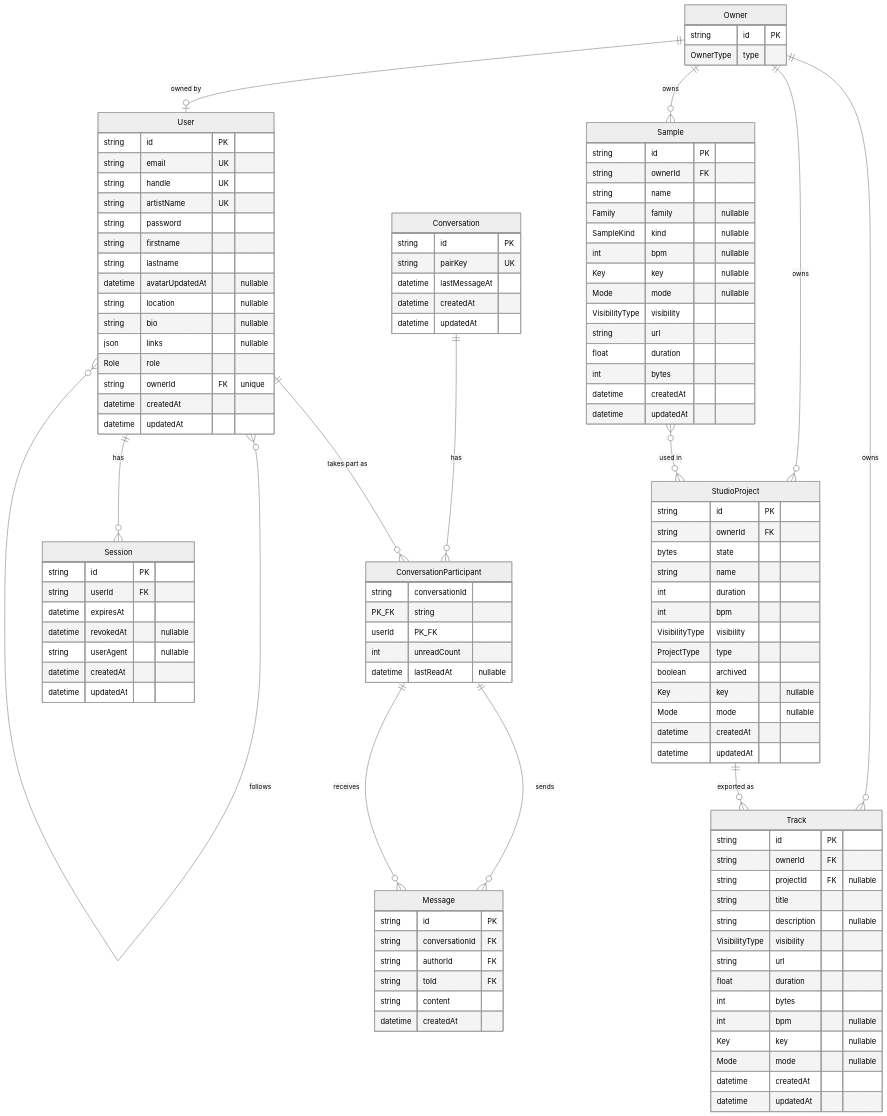
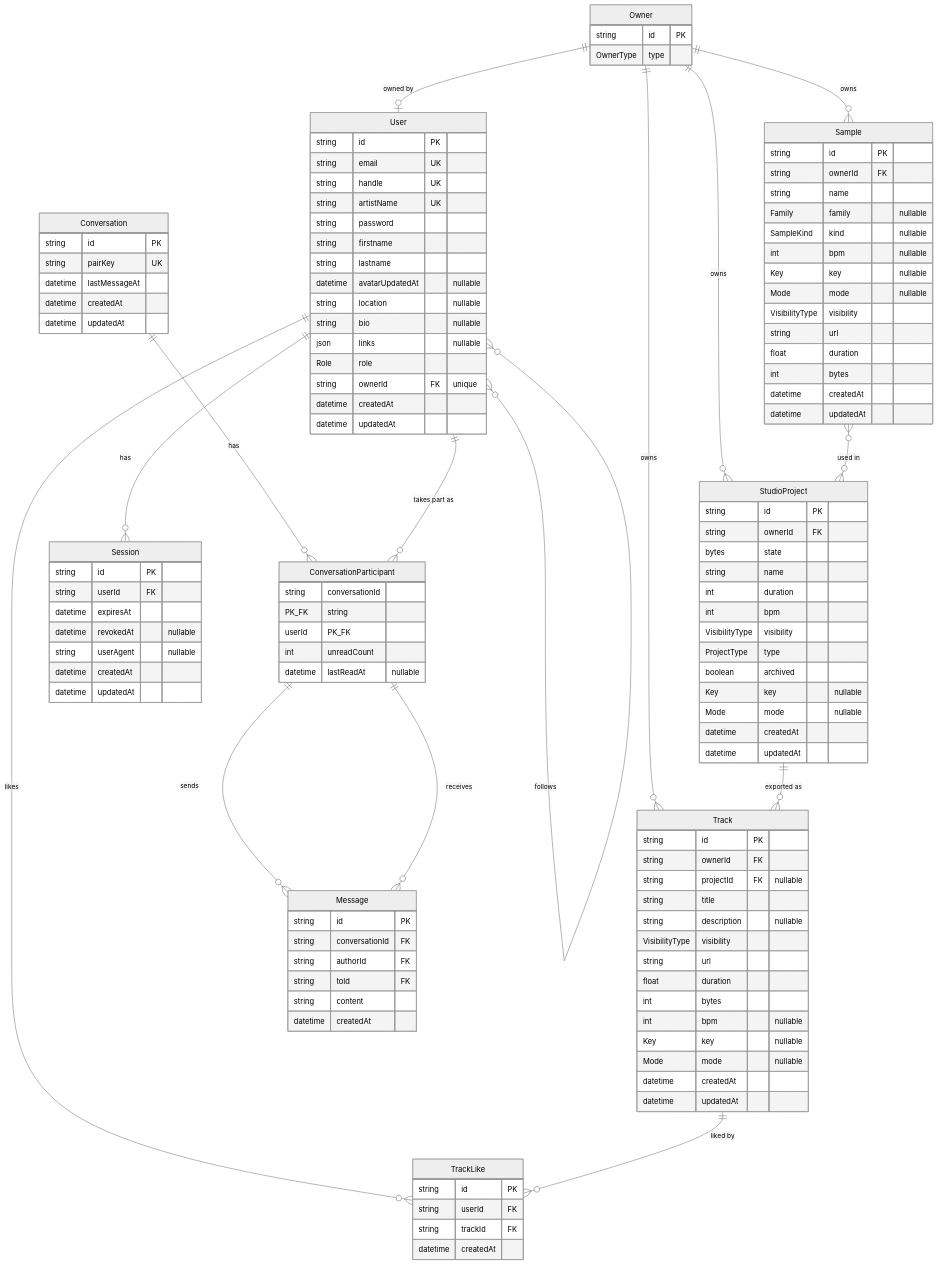
The diagram in README.md (AlexisFaugeroux/42-transcendence), drawn with Mermaid (neutral theme) before and after one commit. The commit also changed other lines of this file and 10 other files, not shown here.

```diff
--- a/README.md
+++ b/README.md
@@ -182,6 +182,12 @@
     datetime createdAt
     datetime updatedAt
   }
+  TrackLike {
+    string id PK
+    string userId FK
+    string trackId FK
+    datetime createdAt
+  }
   Conversation {
     string id PK
     string pairKey UK
@@ -212,6 +218,8 @@
   User  }o--o{ User : follows
   Sample }o--o{ StudioProject : "used in"
   StudioProject ||--o{ Track : "exported as"
+  User ||--o{ TrackLike : likes
+  Track ||--o{ TrackLike : "liked by"
   Conversation ||--o{ ConversationParticipant : has
   User ||--o{ ConversationParticipant : "takes part as"
   ConversationParticipant ||--o{ Message : sends
```
